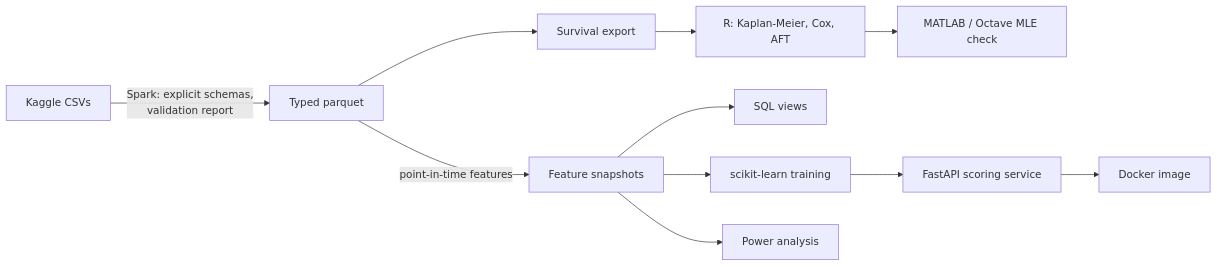
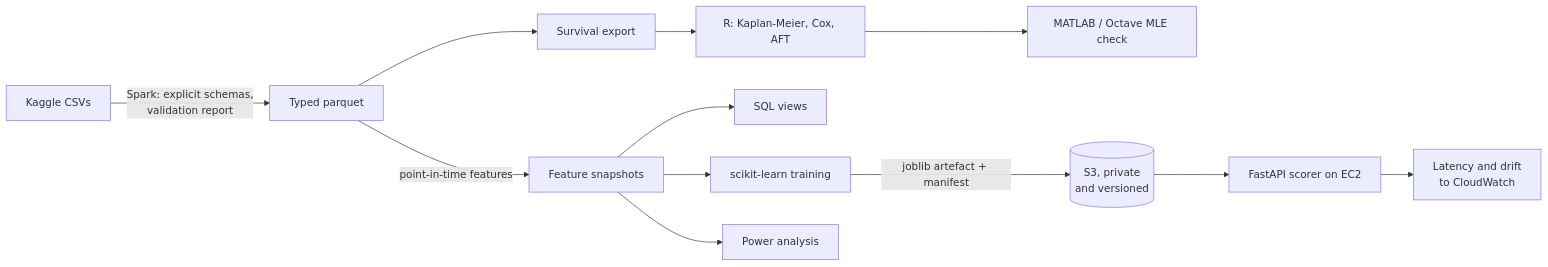
Before and after one commit to ariyan-tipu/olist-customer-retention: the diagram in README.md, drawn with Mermaid. The commit also changed other lines of this file and 37 other files, not shown here.

````diff
--- a/README.md
+++ b/README.md
@@ -93,13 +132,14 @@
 ```mermaid
 flowchart LR
     A[Kaggle CSVs] -->|Spark: explicit schemas,<br/>validation report| B[Typed parquet]
     B -->|point-in-time features| C[Feature snapshots]
     B --> D[Survival export]
     C --> E[scikit-learn training]
     C --> F[SQL views]
     D --> G[R: Kaplan-Meier, Cox, AFT]
     G --> H[MATLAB / Octave MLE check]
     C --> I[Power analysis]
-    E --> J[FastAPI scoring service]
-    J --> K[Docker image]
+    E -->|joblib artefact + manifest| S3[(S3, private<br/>and versioned)]
+    S3 --> J[FastAPI scorer on EC2]
+    J --> M[Latency and drift<br/>to CloudWatch]
 ```
````
